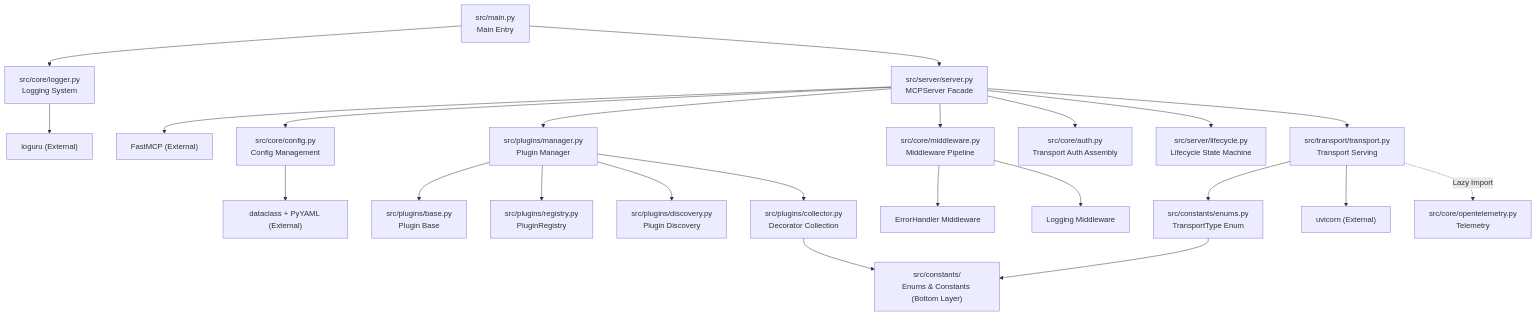
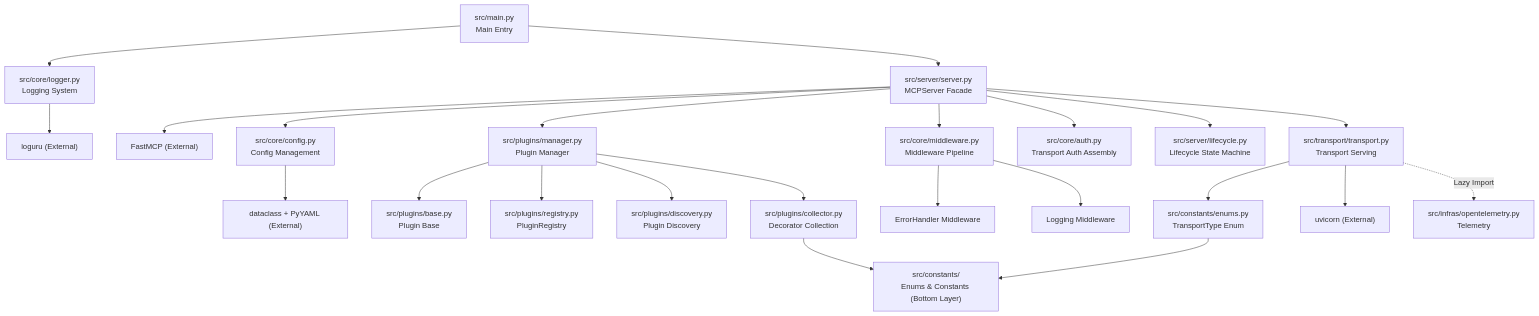
Before and after one commit to chain-engine/x-QiuChi: the fourth of 4 diagrams in README.en.md, drawn with Mermaid. The commit also changed other lines of this file and 13 other files, not shown here.

````diff
--- a/README.en.md
+++ b/README.en.md
@@ -436,30 +433,30 @@
 ```mermaid
 flowchart TD
     A["src/main.py<br/>Main Entry"] --> B["src/server/server.py<br/>MCPServer Facade"]
     A --> K["src/core/logger.py<br/>Logging System"]
     K --> K1["loguru (External)"]
 
     B --> C1["FastMCP (External)"]
     B --> D["src/plugins/manager.py<br/>Plugin Manager"]
     B --> E["src/core/middleware.py<br/>Middleware Pipeline"]
     B --> F["src/transport/transport.py<br/>Transport Serving"]
     B --> AUTH["src/core/auth.py<br/>Transport Auth Assembly"]
     B --> LC["src/server/lifecycle.py<br/>Lifecycle State Machine"]
     B --> H["src/core/config.py<br/>Config Management"]
     H --> H1["dataclass + PyYAML (External)"]
 
     D --> D1["src/plugins/base.py<br/>Plugin Base"]
     D --> D2["src/plugins/registry.py<br/>PluginRegistry"]
     D --> D3["src/plugins/discovery.py<br/>Plugin Discovery"]
     D --> D4["src/plugins/collector.py<br/>Decorator Collection"]
 
     E --> E1["ErrorHandler Middleware"]
     E --> E2["Logging Middleware"]
 
     F --> T1["src/constants/enums.py<br/>TransportType Enum"]
     F --> T2["uvicorn (External)"]
-    F -.->|"Lazy Import"| OT["src/core/opentelemetry.py<br/>Telemetry"]
+    F -.->|"Lazy Import"| OT["src/infras/opentelemetry.py<br/>Telemetry"]
 
     D4 --> EN["src/constants/<br/>Enums & Constants (Bottom Layer)"]
     T1 --> EN
 ```
````
